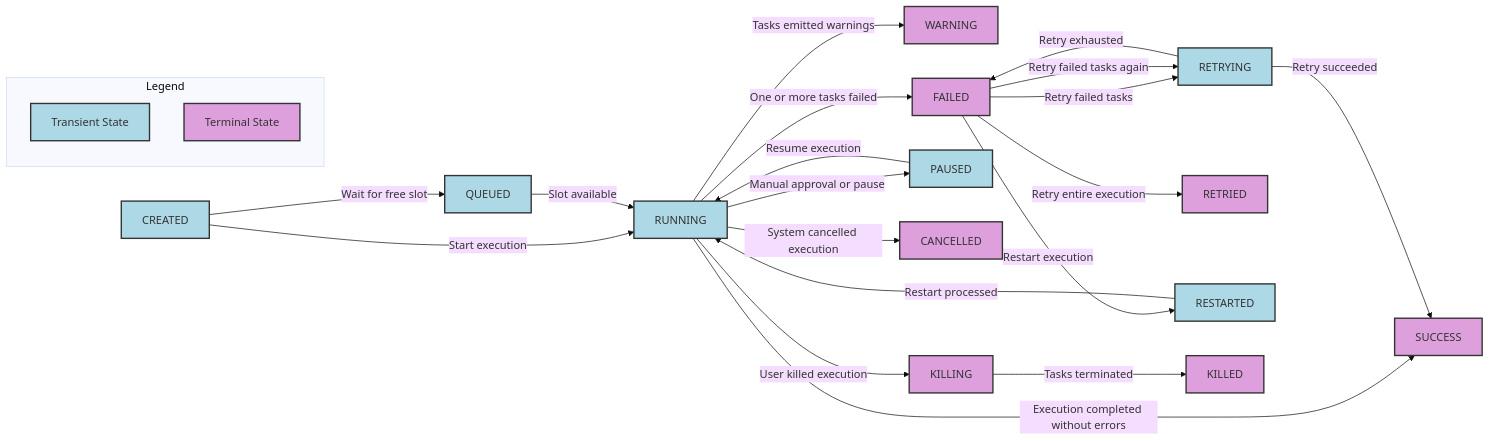
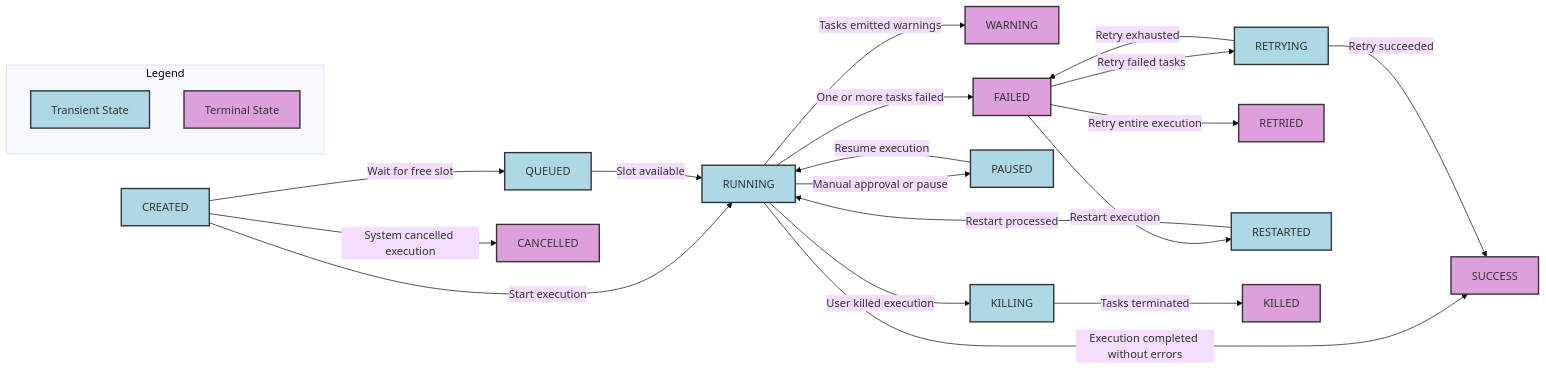
The diagram in content/docs/04.workflow-components/17.states.md (kestra-io/docs), drawn with Mermaid (base theme) before and after one commit. The commit also changed other lines of this file and 1 other file, not shown here.

Commit message:
fix: review feedback

````diff
--- a/content/docs/04.workflow-components/17.states.md
+++ b/content/docs/04.workflow-components/17.states.md
@@ -37,33 +37,32 @@
 ```mermaid
 graph LR;
     classDef transient fill:#add8e6,stroke:#333,stroke-width:2px;
     classDef terminal fill:#dda0dd,stroke:#333,stroke-width:2px;
 
     subgraph Legend
         direction TB
         L1[Transient State]:::transient
         L2[Terminal State]:::terminal
     end
 
     A[CREATED] -->|Wait for free slot| B[QUEUED]
     A -->|Start execution| C[RUNNING]
     B -->|Slot available| C[RUNNING]
     C -->|Execution completed without errors| D[SUCCESS]
     C -->|Tasks emitted warnings| E[WARNING]
     C -->|One or more tasks failed| F[FAILED]
     F -->|Retry failed tasks| G[RETRYING]
     G -->|Retry succeeded| D[SUCCESS]
     G -->|Retry exhausted| F[FAILED]
     F -->|Retry entire execution| H[RETRIED]
     C -->|Manual approval or pause| I[PAUSED]
     I -->|Resume execution| C[RUNNING]
     F -->|Restart execution| J[RESTARTED]
     J -->|Restart processed| C[RUNNING]
-    F -->|Retry failed tasks again| G[RETRYING]
-    C -->|System cancelled execution| K[CANCELLED]
+    A -->|System cancelled execution| K[CANCELLED]
     C -->|User killed execution| L[KILLING]
     L -->|Tasks terminated| M[KILLED]
 
-    class A,B,C,G,I,J transient;
-    class D,E,F,H,K,L,M terminal;
+    class A,B,C,G,I,J,L transient;
+    class D,E,F,H,K,M terminal;
 ```
````
